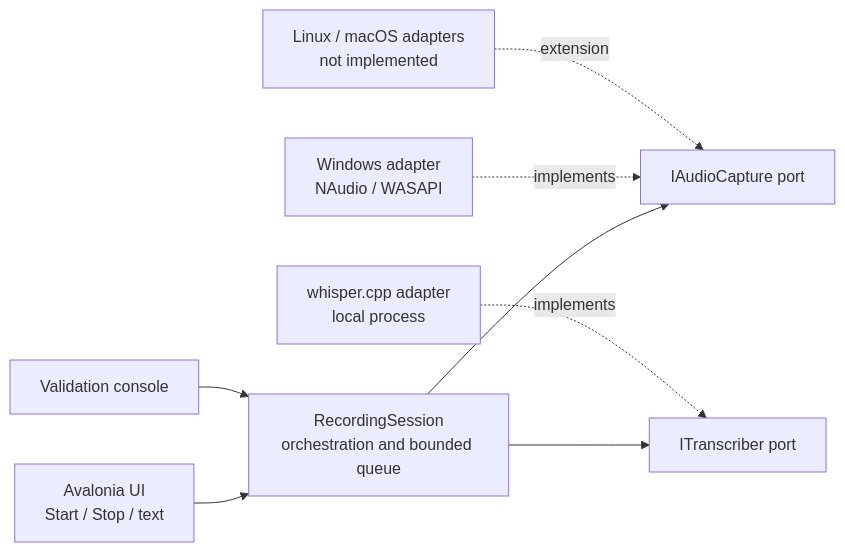
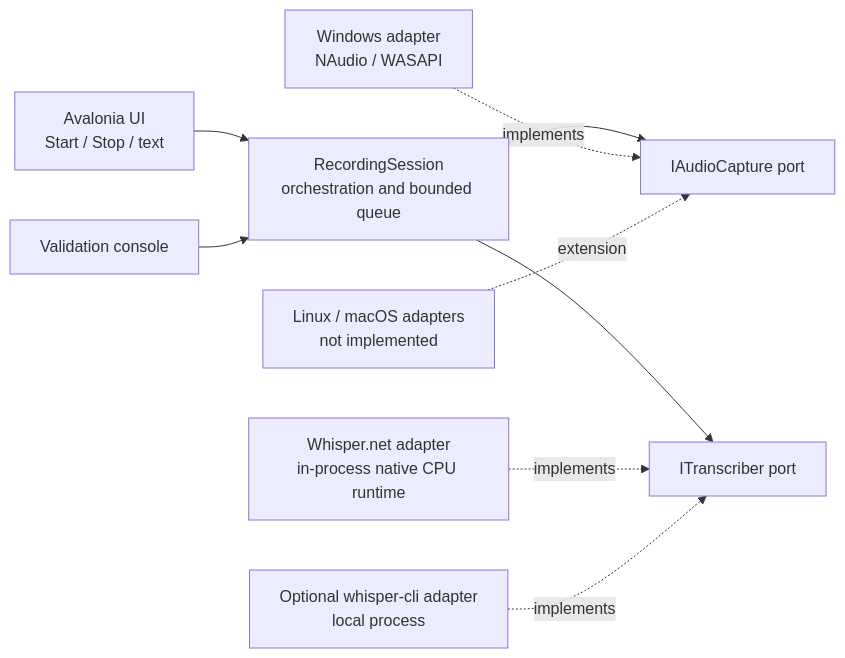
One commit to rflechner/Audio2Mcp changed the first of 3 diagrams in docs/architecture.md. Above: the diagram before and after it, drawn with Mermaid. The commit also changed other lines of this file and 15 other files, not shown here.

First line of the commit message:
Use Whisper.net for in-process local transcription

````diff
--- a/docs/architecture.md
+++ b/docs/architecture.md
@@ -7,10 +7,11 @@
 ```mermaid
 flowchart LR
     UI[Avalonia UI<br/>Start / Stop / text] --> CORE[RecordingSession<br/>orchestration and bounded queue]
     CLI[Validation console] --> CORE
     CORE --> CAP[IAudioCapture port]
     CORE --> STT[ITranscriber port]
     WIN[Windows adapter<br/>NAudio / WASAPI] -. implements .-> CAP
-    WHISPER[whisper.cpp adapter<br/>local process] -. implements .-> STT
+    NATIVE[Whisper.net adapter<br/>in-process native CPU runtime] -. implements .-> STT
+    WHISPER[Optional whisper-cli adapter<br/>local process] -. implements .-> STT
     FUTURE[Linux / macOS adapters<br/>not implemented] -. extension .-> CAP
 ```
````
